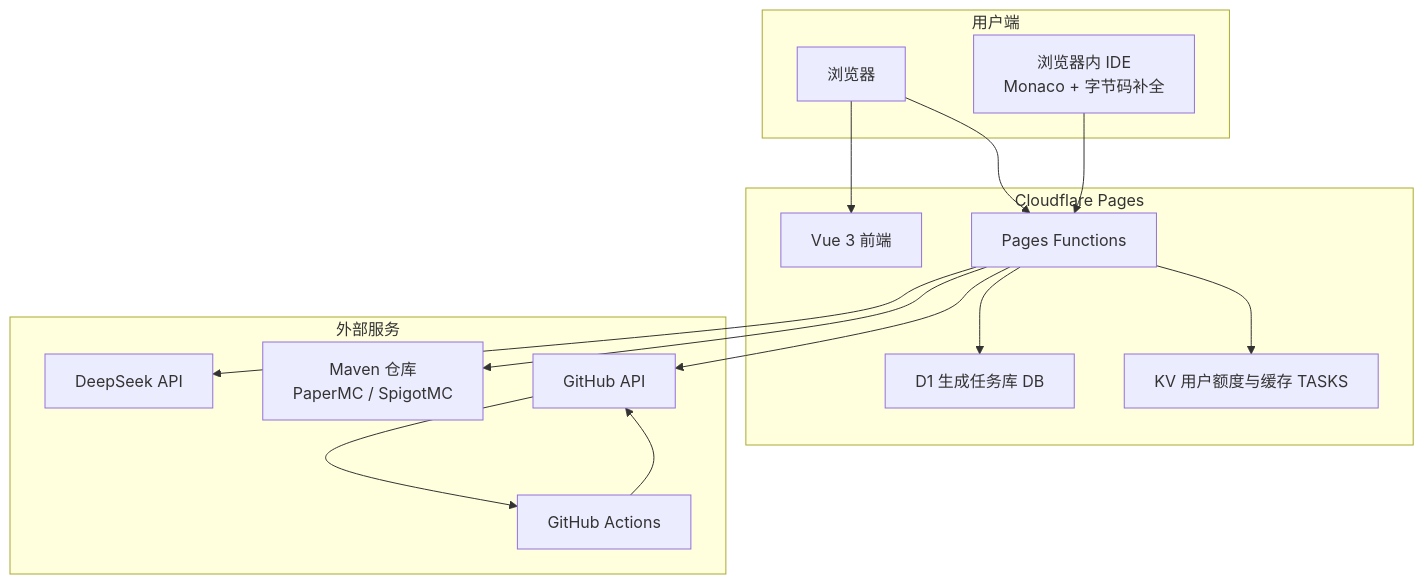
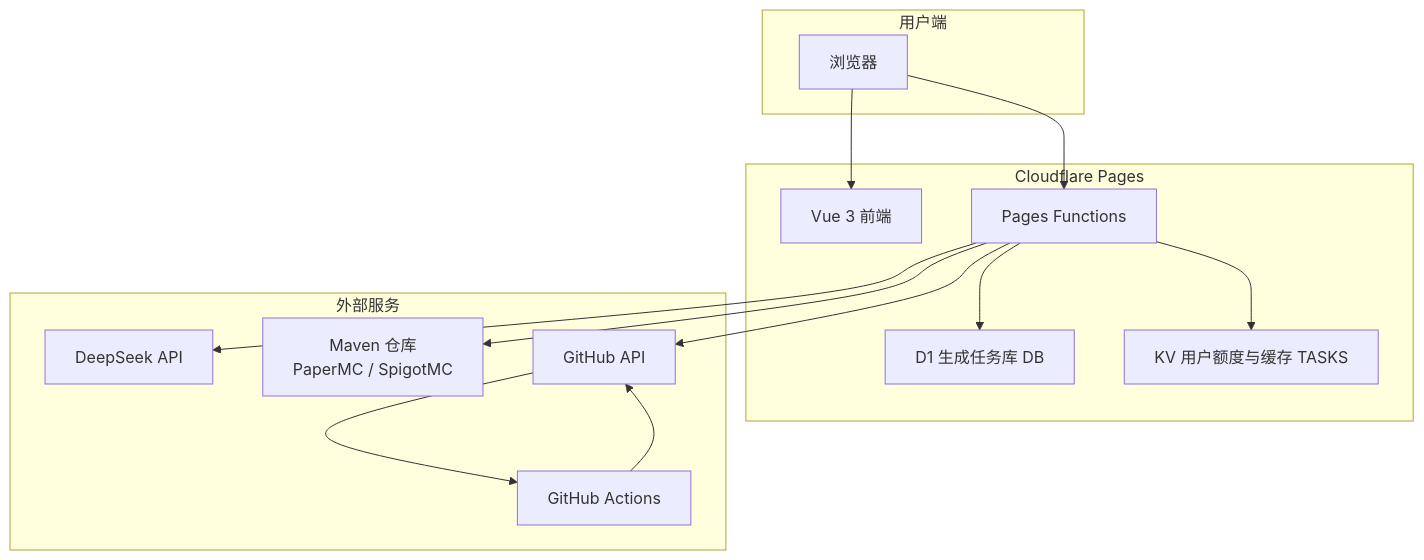
One commit to superwfox/minecraft-dev changed the first of 3 diagrams in docs/technical/architecture.md. Above: the diagram before and after it, drawn with Mermaid. The commit also changed other lines of this file and 157 other files, not shown here.

````diff
--- a/docs/technical/architecture.md
+++ b/docs/technical/architecture.md
@@ -7,32 +7,30 @@
 ```mermaid
 graph TB
     subgraph "用户端"
         Browser[浏览器]
-        IDE[浏览器内 IDE<br/>Monaco + 字节码补全]
     end
 
     subgraph "Cloudflare Pages"
         Frontend[Vue 3 前端]
         Functions[Pages Functions]
         D1[D1 生成任务库 DB]
         KV[KV 用户额度与缓存 TASKS]
     end
 
     subgraph "外部服务"
         DeepSeek[DeepSeek API]
         Maven[Maven 仓库<br/>PaperMC / SpigotMC]
         GitHub[GitHub API]
         Actions[GitHub Actions]
     end
 
     Browser --> Frontend
     Browser --> Functions
-    IDE --> Functions
     Functions --> D1
     Functions --> KV
     Functions --> DeepSeek
     Functions --> Maven
     Functions --> GitHub
     GitHub --> Actions
     Actions --> GitHub
 ```
````
